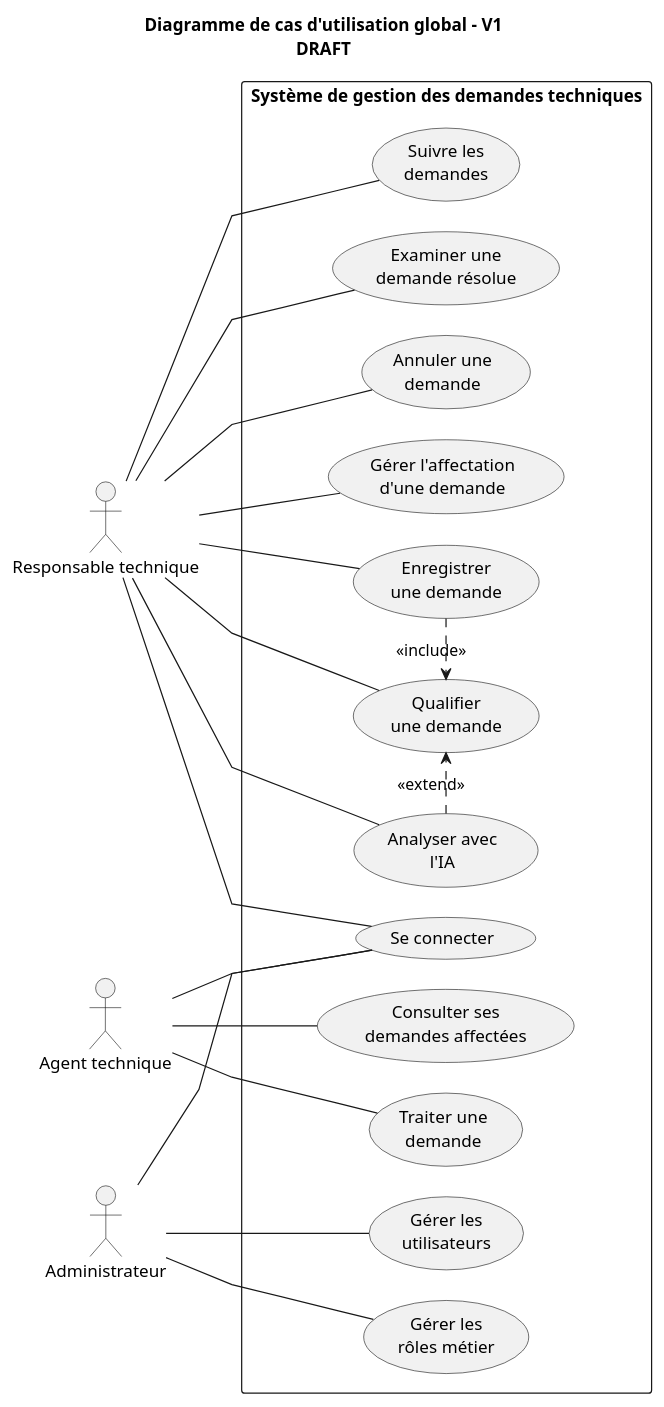
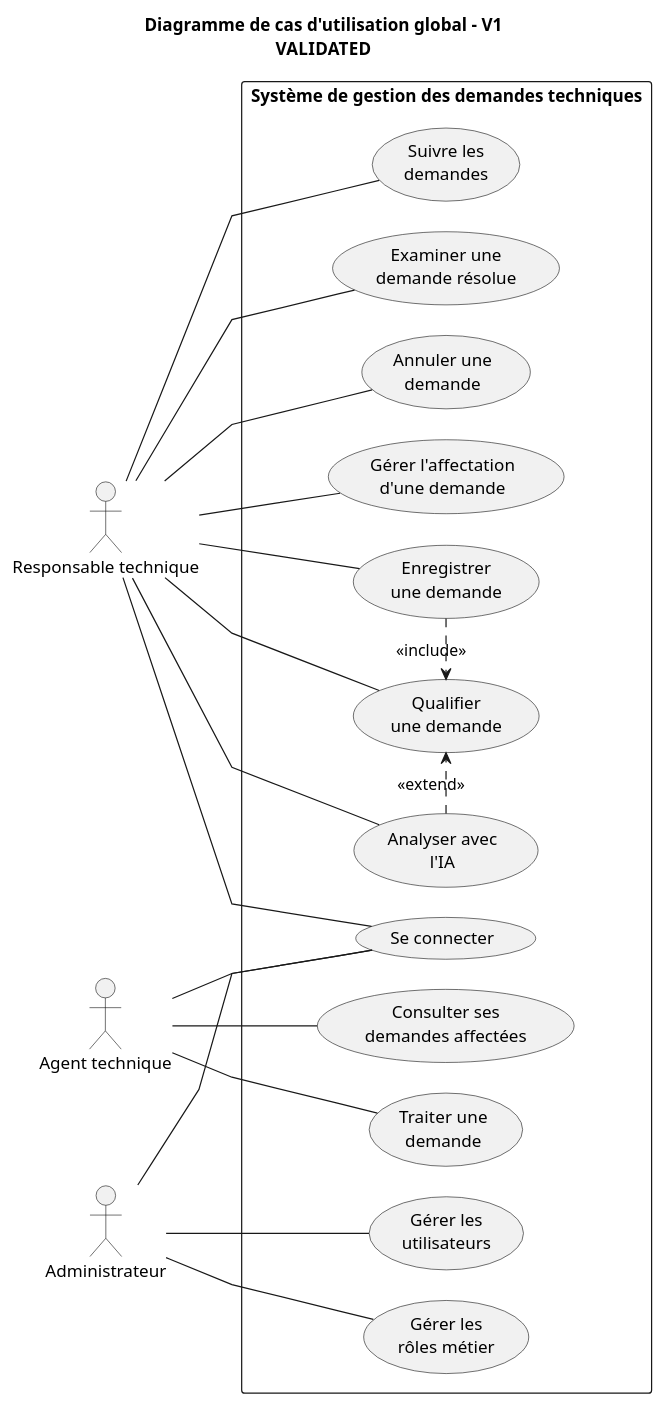
Before and after one commit to akrouty/gestion-demandes-techniques: the diagram in docs/uml/use-case/use-case-v1.puml, drawn with PlantUML. The commit also changed 1 other file, not shown here.

Commit message:
final UML validation

```diff
--- a/docs/uml/use-case/use-case-v1.puml
+++ b/docs/uml/use-case/use-case-v1.puml
@@ -1,66 +1,65 @@
 @startuml
 
 ' ============================================================
 ' Diagramme de cas d'utilisation global - V1
-' Statut : DRAFT
-' Ne pas considérer cette version comme finale avant validation.
+' Statut : VALIDATED
 ' ============================================================
 
-title Diagramme de cas d'utilisation global - V1\nDRAFT
+title Diagramme de cas d'utilisation global - V1\nVALIDATED
 
 left to right direction
 skinparam linetype polyline
 skinparam nodesep 25
 skinparam ranksep 35
 
 actor "Responsable technique" as RT
 actor "Agent technique" as AT
 actor "Administrateur" as ADMIN
 
 rectangle "Système de gestion des demandes techniques" {
 
     usecase "Se connecter" as UC_LOGIN
 
     together {
         usecase "Enregistrer\nune demande" as UC_REGISTER
         usecase "Qualifier\nune demande" as UC_QUALIFY
         usecase "Analyser avec\nl'IA" as UC_AI
     }
 
     usecase "Gérer l'affectation\nd'une demande" as UC_ASSIGN
     usecase "Suivre les\ndemandes" as UC_TRACK
     usecase "Examiner une\ndemande résolue" as UC_REVIEW
     usecase "Annuler une\ndemande" as UC_CANCEL
 
     usecase "Consulter ses\ndemandes affectées" as UC_ASSIGNED
     usecase "Traiter une\ndemande" as UC_PROCESS
 
     usecase "Gérer les\nutilisateurs" as UC_USERS
     usecase "Gérer les\nrôles métier" as UC_ROLES
 }
 
 ' Responsable technique
 RT -- UC_LOGIN
 RT -- UC_REGISTER
 RT -- UC_QUALIFY
 RT -- UC_AI
 RT -- UC_ASSIGN
 RT -- UC_TRACK
 RT -- UC_REVIEW
 RT -- UC_CANCEL
 
 ' Agent technique
 AT -- UC_LOGIN
 AT -- UC_ASSIGNED
 AT -- UC_PROCESS
 
 ' Administrateur
 ADMIN -- UC_LOGIN
 ADMIN -- UC_USERS
 ADMIN -- UC_ROLES
 
 ' Relations entre cas d'utilisation
 UC_REGISTER .[norank].> UC_QUALIFY : <<include>>
 UC_AI .[norank].> UC_QUALIFY : <<extend>>
 
 @enduml
```
